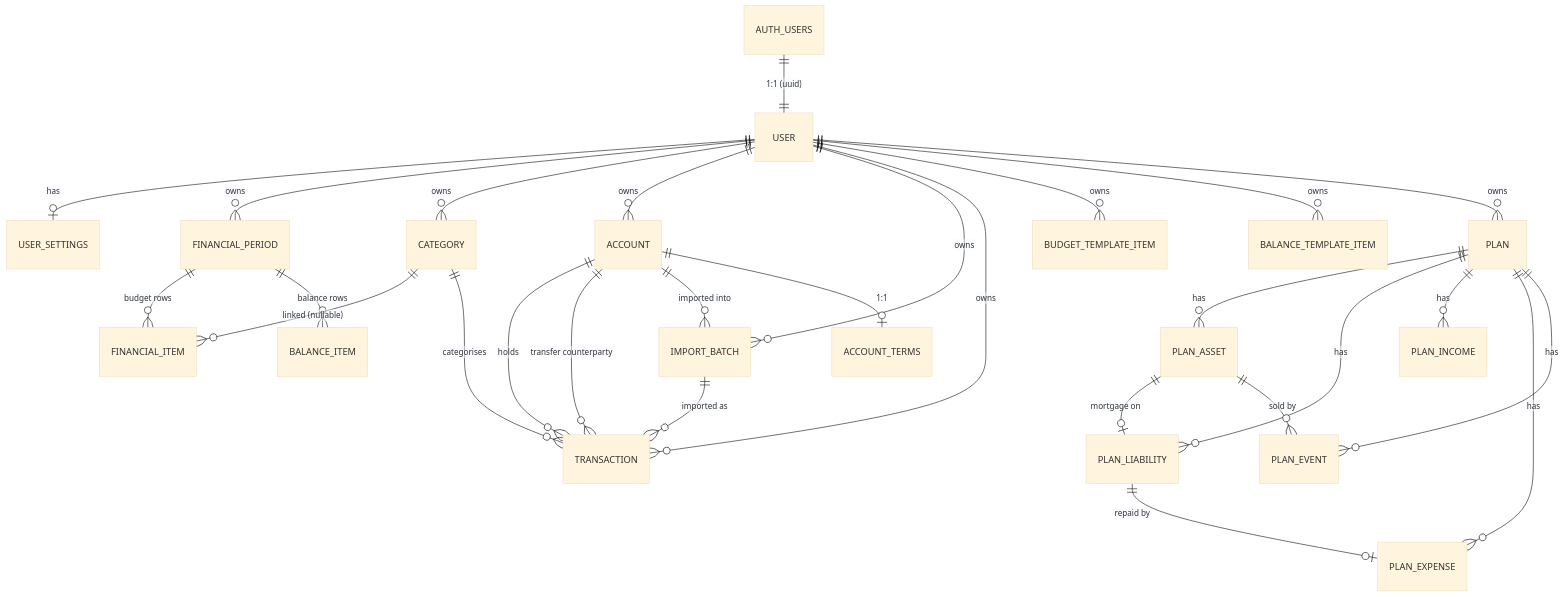
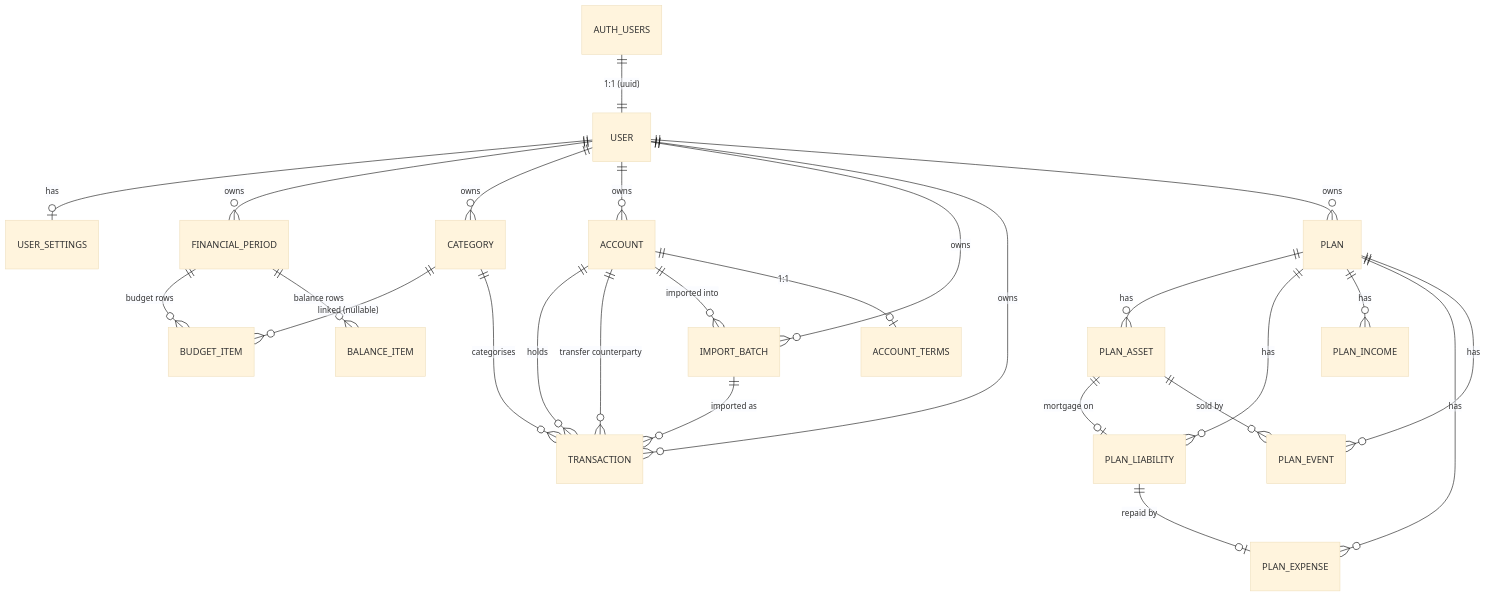
Before and after one commit to JRRS1982/halcyon: the diagram in docs/data-models/data-models.md, drawn with Mermaid (base theme). The commit also changed other lines of this file and 1 other file, not shown here.

Commit message:
JRRS1982/audit-auth-fixes: fix ER diagram in data-models.md
- Remove BUDGET_TEMPLATE_ITEM and BALANCE_TEMPLATE_ITEM (don't exist)
- Rename FINANCIAL_ITEM → BUDGET_ITEM (model was renamed Aug 2026)
- Add TRANSFER and REPAYMENT to BudgetItem description

````diff
--- a/docs/data-models/data-models.md
+++ b/docs/data-models/data-models.md
@@ -85,30 +85,28 @@
 ```mermaid
 erDiagram
     AUTH_USERS ||--|| USER : "1:1 (uuid)"
     USER ||--o| USER_SETTINGS : has
     USER ||--o{ FINANCIAL_PERIOD : owns
     USER ||--o{ CATEGORY : owns
     USER ||--o{ ACCOUNT : owns
     USER ||--o{ IMPORT_BATCH : owns
     USER ||--o{ TRANSACTION : owns
-    USER ||--o{ BUDGET_TEMPLATE_ITEM : owns
-    USER ||--o{ BALANCE_TEMPLATE_ITEM : owns
     USER ||--o{ PLAN : owns
-    FINANCIAL_PERIOD ||--o{ FINANCIAL_ITEM : "budget rows"
+    FINANCIAL_PERIOD ||--o{ BUDGET_ITEM : "budget rows"
     FINANCIAL_PERIOD ||--o{ BALANCE_ITEM : "balance rows"
-    CATEGORY ||--o{ FINANCIAL_ITEM : "linked (nullable)"
+    CATEGORY ||--o{ BUDGET_ITEM : "linked (nullable)"
     CATEGORY ||--o{ TRANSACTION : "categorises"
     ACCOUNT ||--o{ TRANSACTION : "holds"
     ACCOUNT ||--o{ TRANSACTION : "transfer counterparty"
     ACCOUNT ||--o{ IMPORT_BATCH : "imported into"
     ACCOUNT ||--o| ACCOUNT_TERMS : "1:1"
     IMPORT_BATCH ||--o{ TRANSACTION : "imported as"
     PLAN ||--o{ PLAN_ASSET : has
     PLAN ||--o{ PLAN_LIABILITY : has
     PLAN ||--o{ PLAN_INCOME : has
     PLAN ||--o{ PLAN_EXPENSE : has
     PLAN ||--o{ PLAN_EVENT : has
     PLAN_ASSET ||--o| PLAN_LIABILITY : "mortgage on"
     PLAN_LIABILITY ||--o| PLAN_EXPENSE : "repaid by"
     PLAN_ASSET ||--o{ PLAN_EVENT : "sold by"
 ```
````
